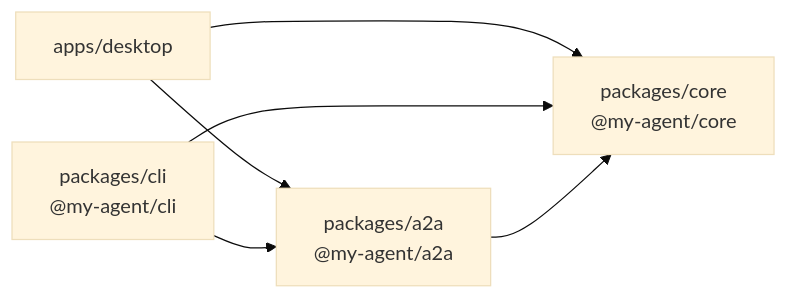
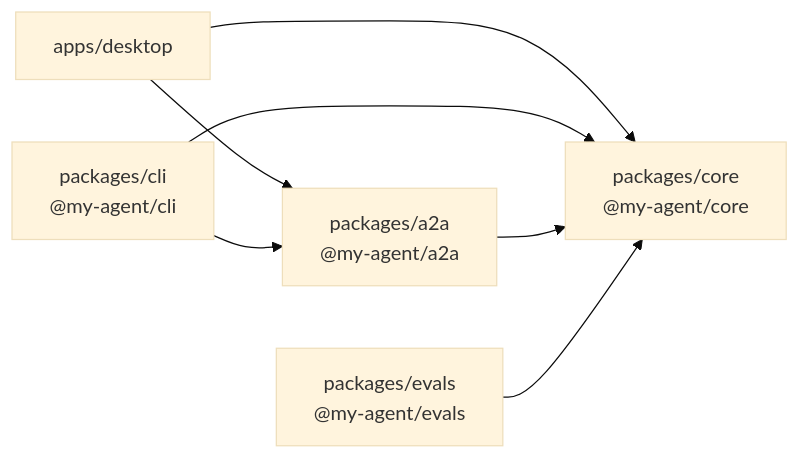
One commit to kidyfirst/my-agent changed the tenth of 10 diagrams in README.md. Above: the diagram before and after it, drawn with Mermaid (base theme). The commit also changed other lines of this file, not shown here.

Commit message:
docs: add Agent evaluation module architecture and design considerations to README

````diff
--- a/README.md
+++ b/README.md
@@ -1447,8 +1562,9 @@
 ```mermaid
 flowchart LR
     desktop["apps/desktop"] --> core["packages/core<br/>@my-agent/core"]
     desktop --> a2a["packages/a2a<br/>@my-agent/a2a"]
     cli["packages/cli<br/>@my-agent/cli"] --> core
     cli --> a2a
     a2a --> core
+    evals["packages/evals<br/>@my-agent/evals"] --> core
 ```
````
